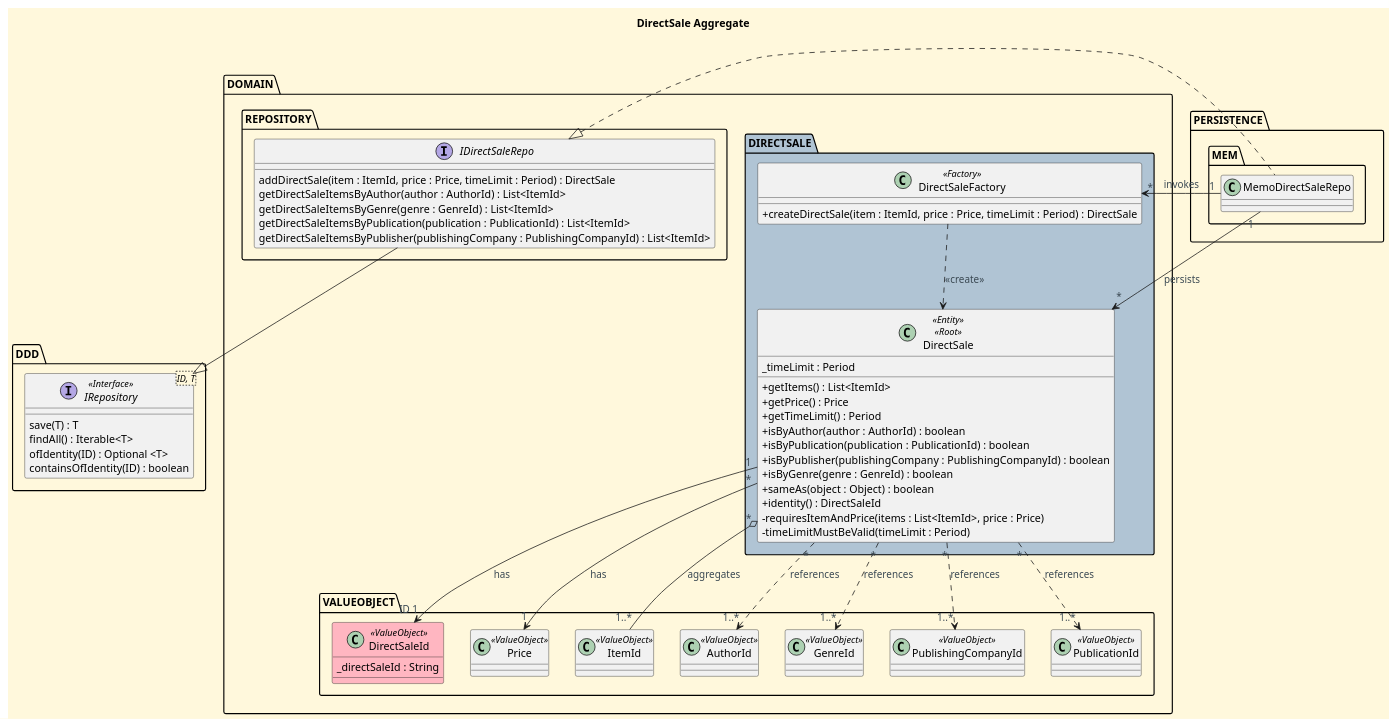
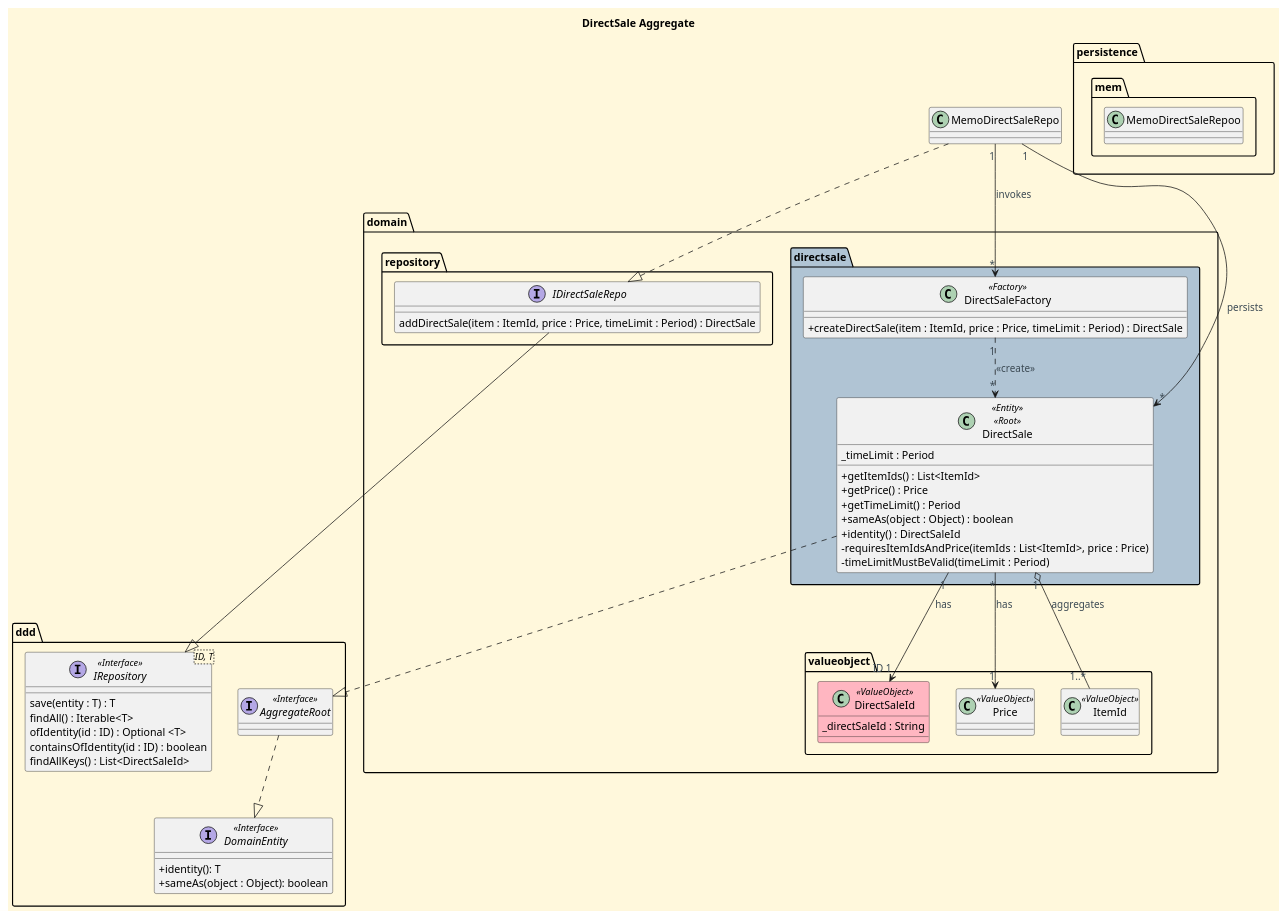
The diagram in docs/aggregates-diagrams/DirectSale_Aggregate.puml (CarolinaLeite-collab/JavaMarketplacePlatform), drawn with PlantUML before and after one commit.

Commit message:
docs: updates DirectSale Aggregate diagram, removing unnecessary methods and adding missing types, refs #569

```diff
--- a/docs/aggregates-diagrams/DirectSale_Aggregate.puml
+++ b/docs/aggregates-diagrams/DirectSale_Aggregate.puml
@@ -1,111 +1,101 @@
 @startuml
 
 '==== Title ====
 title DirectSale Aggregate
 top to bottom direction
 
 '==== basic style ====
 skinparam monochrome false
 skinparam shadowing false
 skinparam defaultFontName Futura
 skinparam objectFontSize 20
 skinparam backgroundColor CornSilk
 skinparam objectBackgroundColor WhiteSmoke
 skinparam noteBackgroundColor #FFFFE0
 skinparam ArrowFontColor #3B4953
 skinparam ActivationBackgroundColor black
 skinparam classAttributeIconSize 0
 
 
 ' ===== Domain =====
-Package "DOMAIN" {
+Package "domain" {
 
-    Package "DIRECTSALE" #b0c4d4 {
+    Package "directsale" #b0c4d4 {
         class DirectSale <<Entity>> <<Root>> {
             _timeLimit : Period
-            +getItems() : List<ItemId>
+            +getItemIds() : List<ItemId>
             +getPrice() : Price
             +getTimeLimit() : Period
-            +isByAuthor(author : AuthorId) : boolean
-            +isByPublication(publication : PublicationId) : boolean
-            +isByPublisher(publishingCompany : PublishingCompanyId) : boolean
-            +isByGenre(genre : GenreId) : boolean
             +sameAs(object : Object) : boolean
             +identity() : DirectSaleId
-            -requiresItemAndPrice(items : List<ItemId>, price : Price)
+            -requiresItemIdsAndPrice(itemIds : List<ItemId>, price : Price)
             -timeLimitMustBeValid(timeLimit : Period)
             }
 
             class DirectSaleFactory <<Factory>> {
             + createDirectSale(item : ItemId, price : Price, timeLimit : Period) : DirectSale
             }
 }
-Package "REPOSITORY" {
-interface IDirectSaleRepo{
-addDirectSale(item : ItemId, price : Price, timeLimit : Period) : DirectSale
-getDirectSaleItemsByAuthor(author : AuthorId) : List<ItemId>
-getDirectSaleItemsByGenre(genre : GenreId) : List<ItemId>
-getDirectSaleItemsByPublication(publication : PublicationId) : List<ItemId>
-getDirectSaleItemsByPublisher(publishingCompany : PublishingCompanyId) : List<ItemId>
+    Package "repository" {
+        interface IDirectSaleRepo{
+        addDirectSale(item : ItemId, price : Price, timeLimit : Period) : DirectSale
+        }
+    }
+
+    Package "valueobject" {
+    '== Value Objects (Ids) ==
+        class DirectSaleId <<ValueObject>> #LightPink{
+        _directSaleId : String
+        }
+    ' ===== Value Objects =====
+        class Price <<ValueObject>>
+        class ItemId <<ValueObject>>
+    }
 }
 
+Package "persistence" {
+    Package "mem"{
+        class MemoDirectSaleRepoo{
+        }
+    }
 }
 
-Package "VALUEOBJECT" {
-'== Value Objects (Ids) ==
-class DirectSaleId <<ValueObject>> #LightPink{
-_directSaleId : String
+Package "ddd" {
+
+    interface IRepository<ID, T> <<Interface>> {
+    save(entity : T) : T
+    findAll() : Iterable<T>
+    ofIdentity(id : ID) : Optional <T>
+    containsOfIdentity(id : ID) : boolean
+    findAllKeys() : List<DirectSaleId>
+    }
+
+    interface AggregateRoot <<Interface>> {
+    }
+
+    interface DomainEntity <<Interface>>{
+    +identity(): T
+    +sameAs(object : Object): boolean
+    }
 }
 
 
-' ===== Value Objects =====
-class Price <<ValueObject>>
-class ItemId <<ValueObject>>
-
-'==== Cross-aggregate ID references ====
-class AuthorId <<ValueObject>>
-class GenreId <<ValueObject>>
-class PublishingCompanyId <<ValueObject>>
-class PublicationId <<ValueObject>>
-}
-}
-
-Package "PERSISTENCE" {
-Package "MEM"{
-class MemoDirectSaleRepo{
-}
-}
-}
-
-Package "DDD" {
-
-    interface IRepository<ID, T> <<Interface>> {
-    save(T) : T
-    findAll() : Iterable<T>
-    ofIdentity(ID) : Optional <T>
-    containsOfIdentity(ID) : boolean
-    }
-
-}
 DirectSale "1" --> "ID 1" DirectSaleId : has
 
 MemoDirectSaleRepo "1" --> "*" DirectSaleFactory : invokes
 MemoDirectSaleRepo "1" --> "*" DirectSale : persists
 
 DirectSale "*" --> "1" Price : has
-DirectSale "*" o--  "1..*" ItemId : aggregates
-DirectSale "*" ..> "1..*" AuthorId : references
-DirectSale "*" ..> "1..*" GenreId : references
-DirectSale "*" ..> "1..*" PublicationId : references
-DirectSale "*" ..> "1..*" PublishingCompanyId : references
+DirectSale "1" o--  "1..*" ItemId : aggregates
 
 ' ===== Factory =====
-DirectSaleFactory ..> DirectSale : <<create>>
+DirectSaleFactory "1" ..> "*" DirectSale : <<create>>
 
 
 ' ===== Repository =====
-
+AggregateRoot ..|> DomainEntity
 IDirectSaleRepo --|> IRepository
-IDirectSaleRepo <|.. MemoDirectSaleRepo
+MemoDirectSaleRepo ..|> IDirectSaleRepo
+DirectSale ..|> AggregateRoot
 
 @enduml
```
